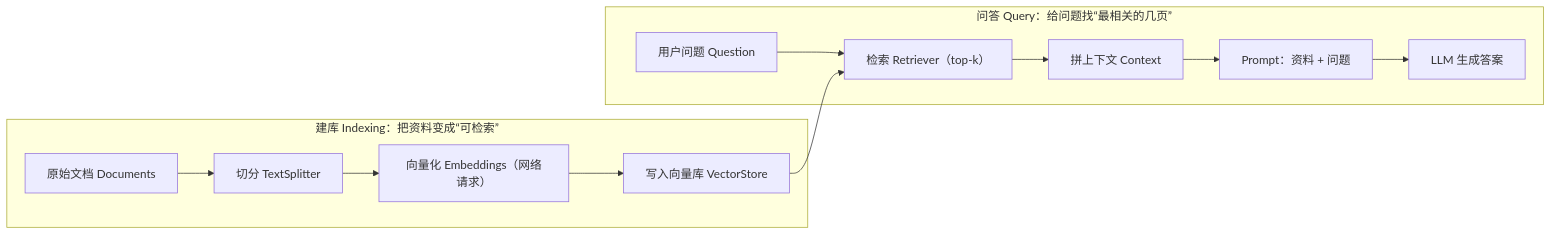
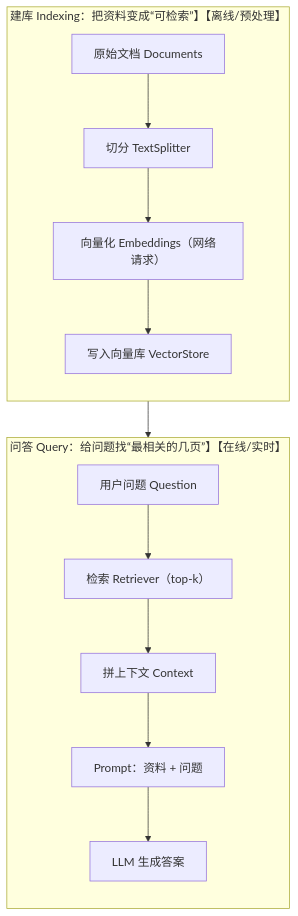
The diagram in src/RAG/day3/index.md (aaaaaajie/AI-study), drawn with Mermaid before and after one commit. The commit also changed 1 other file, not shown here.

Commit message:
refactor: update flow

````diff
--- a/src/RAG/day3/index.md
+++ b/src/RAG/day3/index.md
@@ -43,17 +43,23 @@
 ```mermaid
-flowchart LR
-  subgraph I[建库 Indexing：把资料变成“可检索”]
-    I1[原始文档 Documents] --> I2[切分 TextSplitter]
-    I2 --> I3[向量化 Embeddings（网络请求）]
-    I3 --> I4[写入向量库 VectorStore]
+flowchart TB
+  subgraph I[建库 Indexing：把资料变成“可检索”】【离线/预处理】]
+    direction TB
+    I1[原始文档 Documents]
+    I2[切分 TextSplitter]
+    I3[向量化 Embeddings（网络请求）]
+    I4[写入向量库 VectorStore]
+    I1 --> I2 --> I3 --> I4
   end
 
-  subgraph Q[问答 Query：给问题找“最相关的几页”]
-    Q1[用户问题 Question] --> Q2[检索 Retriever（top-k）]
-    Q2 --> Q3[拼上下文 Context]
-    Q3 --> Q4[Prompt：资料 + 问题]
-    Q4 --> Q5[LLM 生成答案]
+  subgraph Q[问答 Query：给问题找“最相关的几页”】【在线/实时】]
+    direction TB
+    Q1[用户问题 Question]
+    Q2[检索 Retriever（top-k）]
+    Q3[拼上下文 Context]
+    Q4[Prompt：资料 + 问题]
+    Q5[LLM 生成答案]
+    Q1 --> Q2 --> Q3 --> Q4 --> Q5
   end
 
   I4 --> Q2
 ```
````
